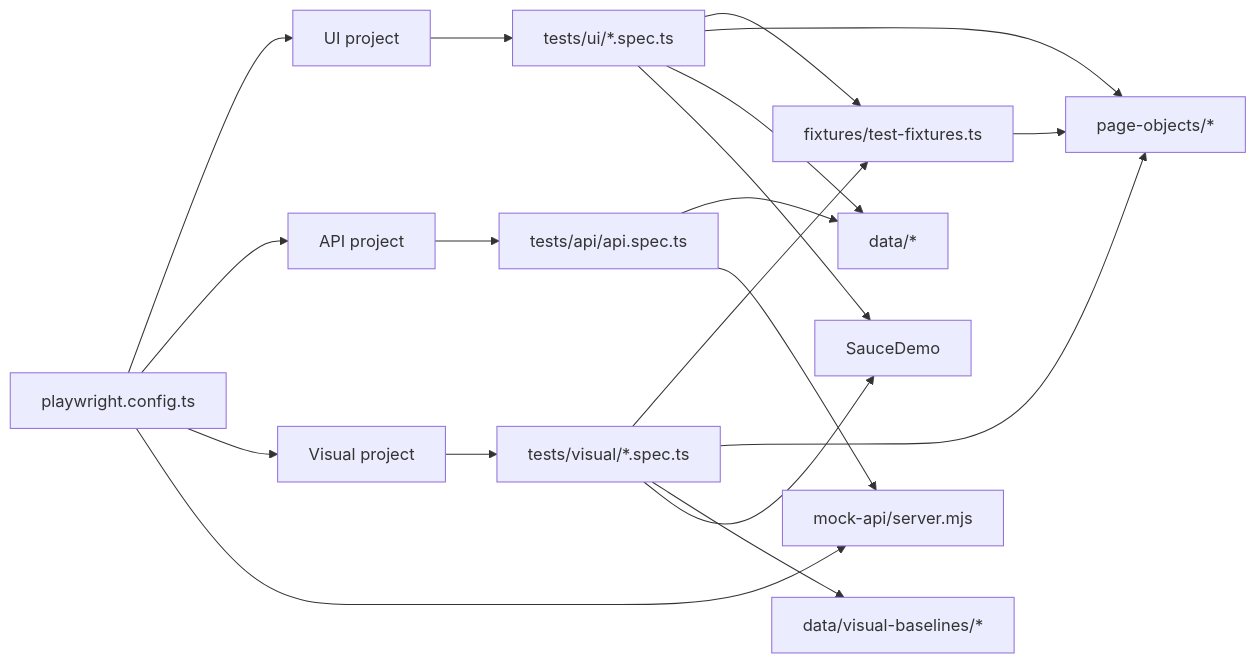
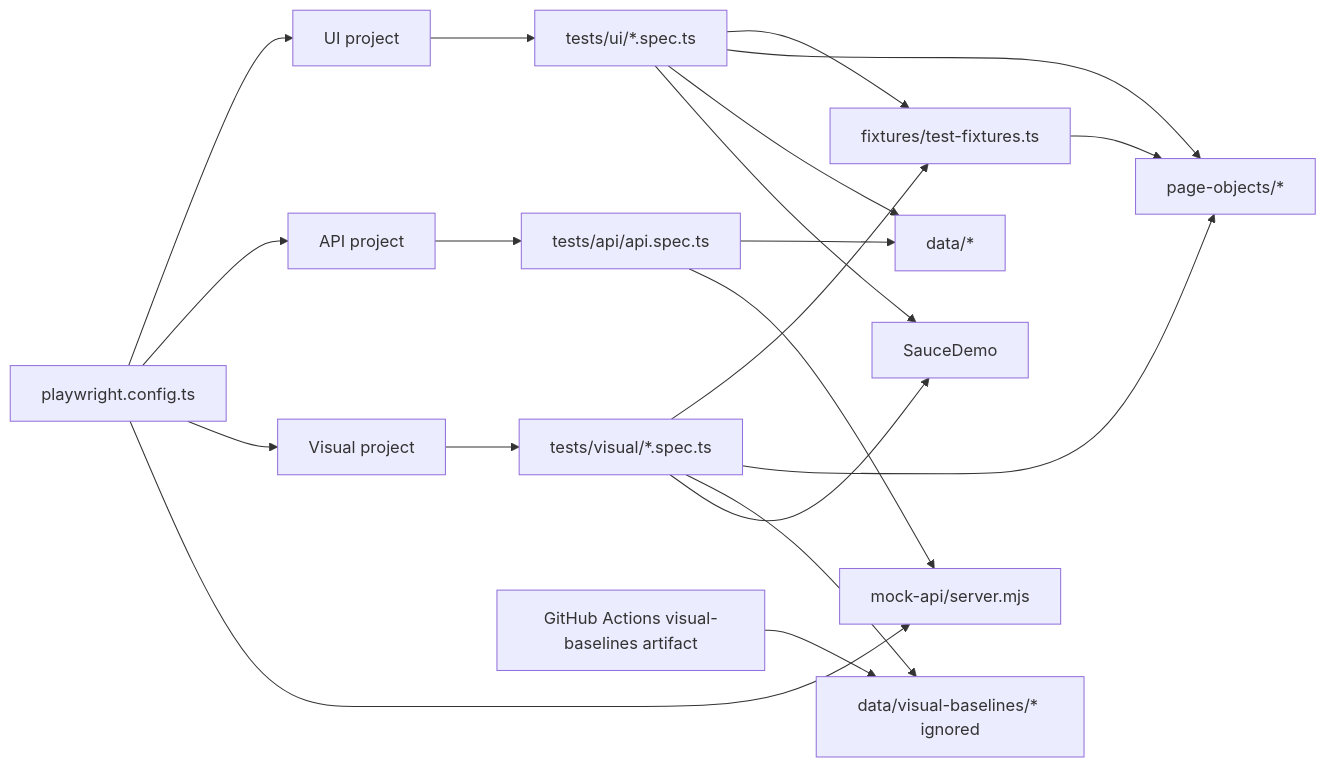
The diagram in docs/system-architecture.md (namthtran98/saucedemo-playwright), drawn with Mermaid before and after one commit. The commit also changed other lines of this file and 12 other files, not shown here.

Commit message:
ci: store visual baselines as artifacts

````diff
--- a/docs/system-architecture.md
+++ b/docs/system-architecture.md
@@ -9,35 +9,37 @@
 ```mermaid
 flowchart LR
   Config[playwright.config.ts]
   UIProject[UI project]
   APIProject[API project]
   VisualProject[Visual project]
   SpecsUI[tests/ui/*.spec.ts]
   SpecsAPI[tests/api/api.spec.ts]
   SpecsVisual[tests/visual/*.spec.ts]
   Fixtures[fixtures/test-fixtures.ts]
   POM[page-objects/*]
   Data[data/*]
-  Baselines[data/visual-baselines/*]
+  Baselines[data/visual-baselines/* ignored]
+  Artifacts[GitHub Actions visual-baselines artifact]
   SauceDemo[SauceDemo]
   MockAPI[mock-api/server.mjs]
 
   Config --> UIProject
   Config --> APIProject
   Config --> VisualProject
   Config --> MockAPI
+  Artifacts --> Baselines
   UIProject --> SpecsUI
   APIProject --> SpecsAPI
   VisualProject --> SpecsVisual
   SpecsUI --> Fixtures
   SpecsVisual --> Fixtures
   Fixtures --> POM
   SpecsUI --> POM
   SpecsVisual --> POM
   SpecsUI --> Data
   SpecsAPI --> Data
   SpecsVisual --> Baselines
   SpecsUI --> SauceDemo
   SpecsVisual --> SauceDemo
   SpecsAPI --> MockAPI
 ```
````
